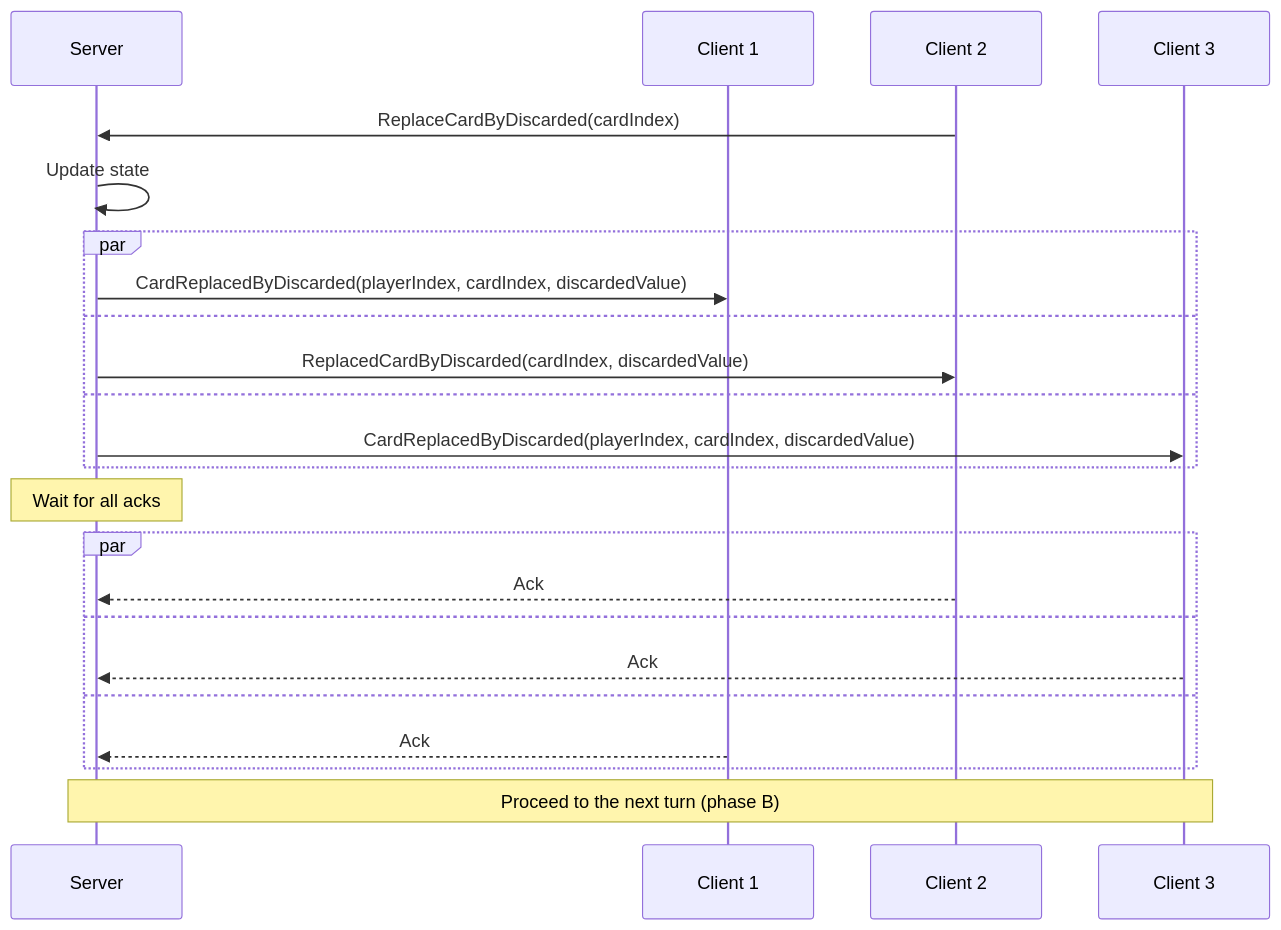
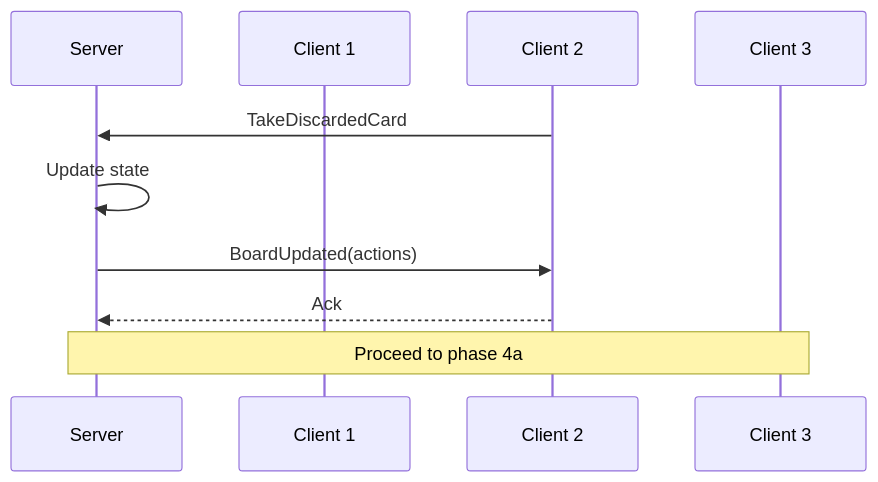
Before and after one commit to roman-zubarevich/another: the fifth of 15 diagrams in README.md, drawn with Mermaid. The commit also changed other lines of this file, not shown here.

````diff
--- a/README.md
+++ b/README.md
@@ -144,25 +146,12 @@
 ```mermaid
 sequenceDiagram
     participant S as Server
     participant C1 as Client 1
     participant C2 as Client 2
     participant C3 as Client 3
-    C2->>S: ReplaceCardByDiscarded(cardIndex)
+    C2->>S: TakeDiscardedCard
     S->>S: Update state
-    par
-        S->>C1: CardReplacedByDiscarded(playerIndex, cardIndex, discardedValue)
-    and
-        S->>C2: ReplacedCardByDiscarded(cardIndex, discardedValue)
-    and
-        S->>C3: CardReplacedByDiscarded(playerIndex, cardIndex, discardedValue)
-    end
-    Note over S: Wait for all acks
-    par
-        C2-->>S: Ack
-    and
-        C3-->>S: Ack
-    and
-        C1-->>S: Ack
-    end
-    Note over S,C3: Proceed to the next turn (phase B)
+    S->>C2: BoardUpdated(actions)
+    C2-->>S: Ack
+    Note over S,C3: Proceed to phase 4a
 ```
````
